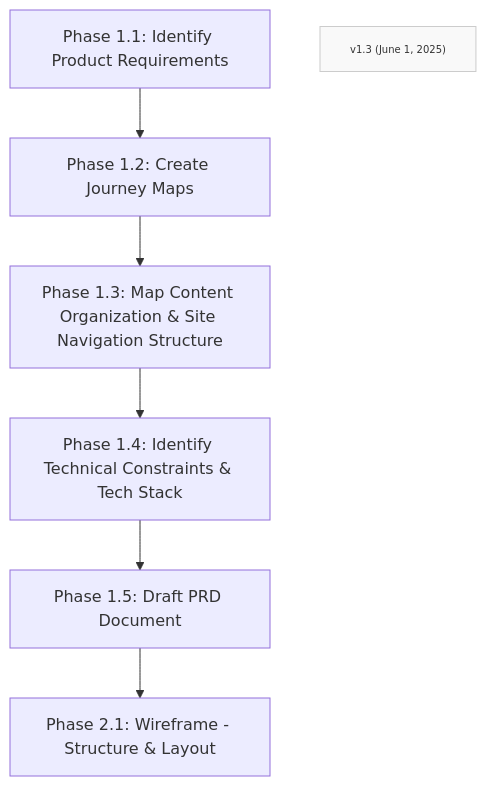
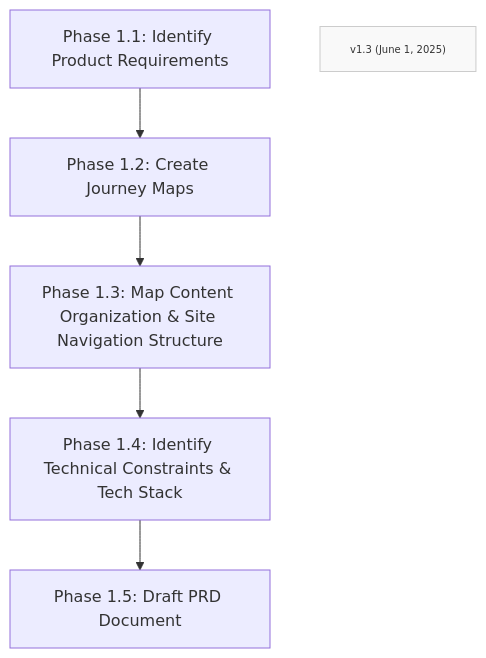
Before and after one commit to Mharbulous/Front-First-Method: the diagram in Method/FF-phase1.md, drawn with Mermaid. The commit also changed 6 other files, not shown here.

Commit message:
Merging diagrams with nuance of original instruction (WIP)

````diff
--- a/Method/FF-phase1.md
+++ b/Method/FF-phase1.md
@@ -1,13 +1,12 @@
 ```mermaid
 graph TD
     Phase1_1["Phase 1.1: Identify Product Requirements"] --> Phase1_2["Phase 1.2: Create Journey Maps"]
     Phase1_2 --> Phase1_3["Phase 1.3: Map Content Organization & Site Navigation Structure"]
     Phase1_3 --> Phase1_4["Phase 1.4: Identify Technical Constraints & Tech Stack"]
     Phase1_4 --> Phase1_5["Phase 1.5: Draft PRD Document"]
-    Phase1_5 --> Phase2_1["Phase 2.1: Wireframe - Structure & Layout"]
-    
+        
     Version["v1.3 (June 1, 2025)"]
     
     classDef version fill:#f9f9f9,stroke:#ccc,font-size:10px
     class Version version
 ```
````
